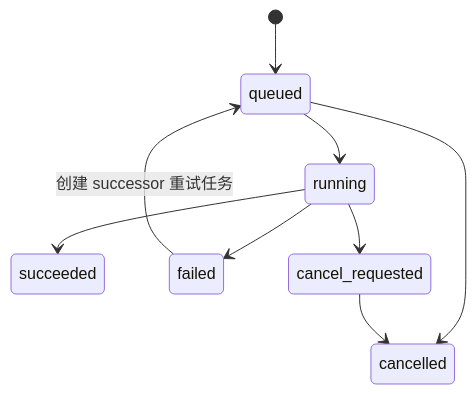
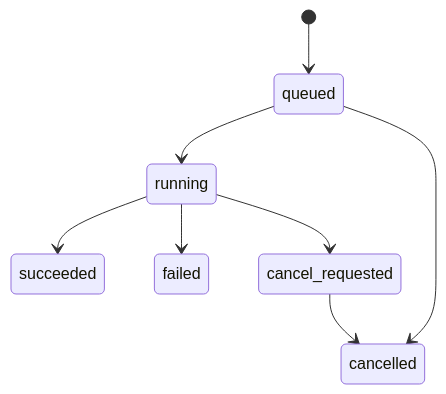
One commit to sherlockz122/softwaretest changed the second of 3 diagrams in docs/02-系统架构与详细设计.md. Above: the diagram before and after it, drawn with Mermaid. The commit also changed other lines of this file and 5 other files, not shown here.

````diff
--- a/docs/02-系统架构与详细设计.md
+++ b/docs/02-系统架构与详细设计.md
@@ -106,11 +106,10 @@
 ```mermaid
 stateDiagram-v2
     [*] --> queued
     queued --> running
     queued --> cancelled
     running --> succeeded
     running --> failed
     running --> cancel_requested
     cancel_requested --> cancelled
-    failed --> queued: 创建 successor 重试任务
 ```
````
